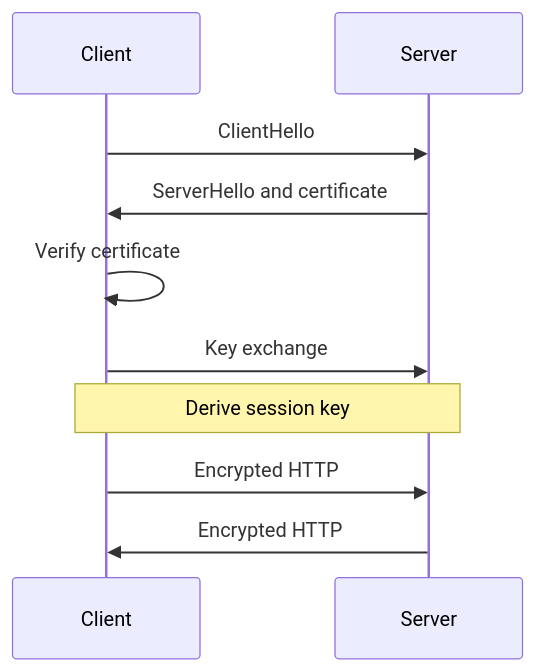
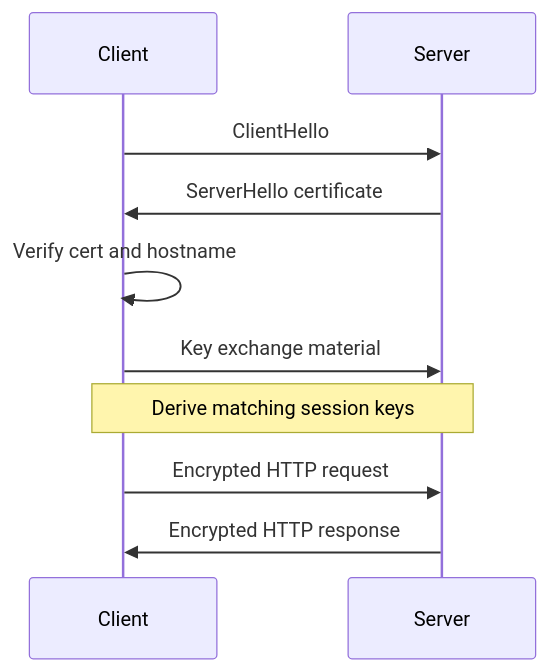
Diagram 15 of 27 in 01-networking/README.md (hareramcse/SystemDesign), drawn with Mermaid before and after one commit. The commit also changed other lines of this file and 14 other files, not shown here.

````diff
--- a/01-networking/README.md
+++ b/01-networking/README.md
@@ -2867,12 +988,12 @@
 ```mermaid
 sequenceDiagram
     participant C as Client
     participant S as Server
     C->>S: ClientHello
-    S->>C: ServerHello and certificate
-    C->>C: Verify certificate
-    C->>S: Key exchange
-    Note over C,S: Derive session key
-    C->>S: Encrypted HTTP
-    S->>C: Encrypted HTTP
+    S->>C: ServerHello certificate
+    C->>C: Verify cert and hostname
+    C->>S: Key exchange material
+    Note over C,S: Derive matching session keys
+    C->>S: Encrypted HTTP request
+    S->>C: Encrypted HTTP response
 ```
````
